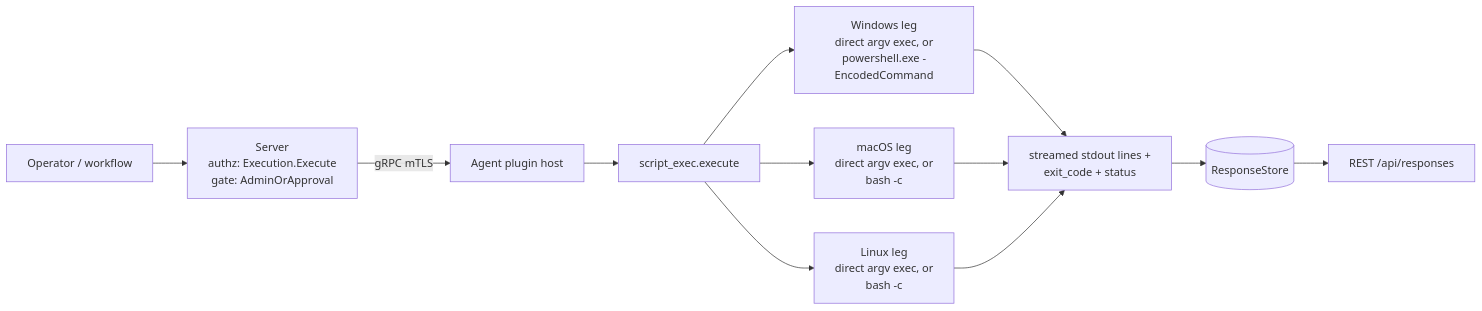
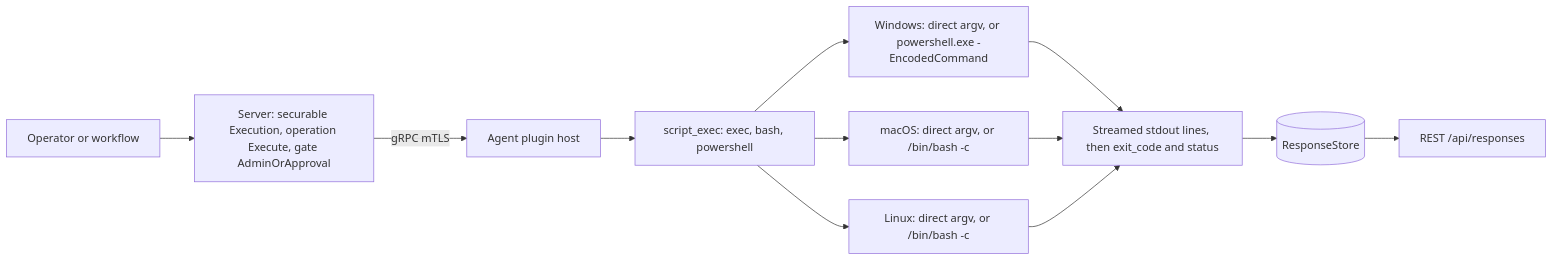
The first of 2 diagrams in agents/plugins/script_exec/README.md (DevNullLtd/Yuzu), drawn with Mermaid before and after one commit. The commit also changed other lines of this file and 9 other files, not shown here.

Commit message:
docs(plugins): refresh the event_logs, disk_actions, power_health, software_actions and script_exec READMEs

````diff
--- a/agents/plugins/script_exec/README.md
+++ b/agents/plugins/script_exec/README.md
@@ -19,9 +21,12 @@
 ```mermaid
 flowchart LR
-  OP[Operator / workflow] --> SRV[Server<br/>authz: Execution.Execute<br/>gate: AdminOrApproval]
-  SRV -- gRPC mTLS --> HOST[Agent plugin host] --> EX[script_exec.execute]
-  EX --> WIN[Windows leg<br/>direct argv exec, or<br/>powershell.exe -EncodedCommand]
-  EX --> MAC[macOS leg<br/>direct argv exec, or<br/>bash -c]
-  EX --> LIN[Linux leg<br/>direct argv exec, or<br/>bash -c]
-  WIN & MAC & LIN --> ROWS[streamed stdout lines +<br/>exit_code + status] --> RS[(ResponseStore)] --> API[REST /api/responses]
+  OP["Operator or workflow"] --> SRV["Server: securable Execution, operation Execute, gate AdminOrApproval"]
+  SRV -- "gRPC mTLS" --> HOST["Agent plugin host"] --> EX["script_exec: exec, bash, powershell"]
+  EX --> WIN["Windows: direct argv, or powershell.exe -EncodedCommand"]
+  EX --> MAC["macOS: direct argv, or /bin/bash -c"]
+  EX --> LIN["Linux: direct argv, or /bin/bash -c"]
+  WIN --> ROWS["Streamed stdout lines, then exit_code and status"]
+  MAC --> ROWS
+  LIN --> ROWS
+  ROWS --> RS[("ResponseStore")] --> API["REST /api/responses"]
 ```
````
